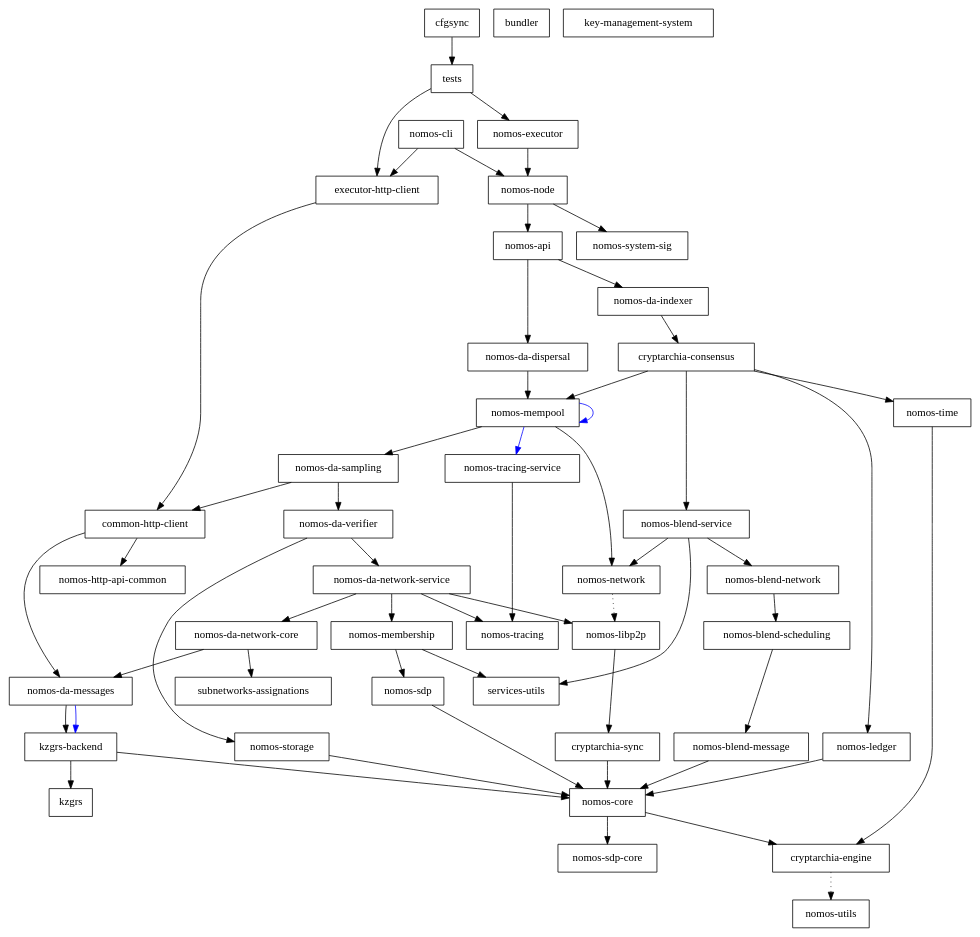
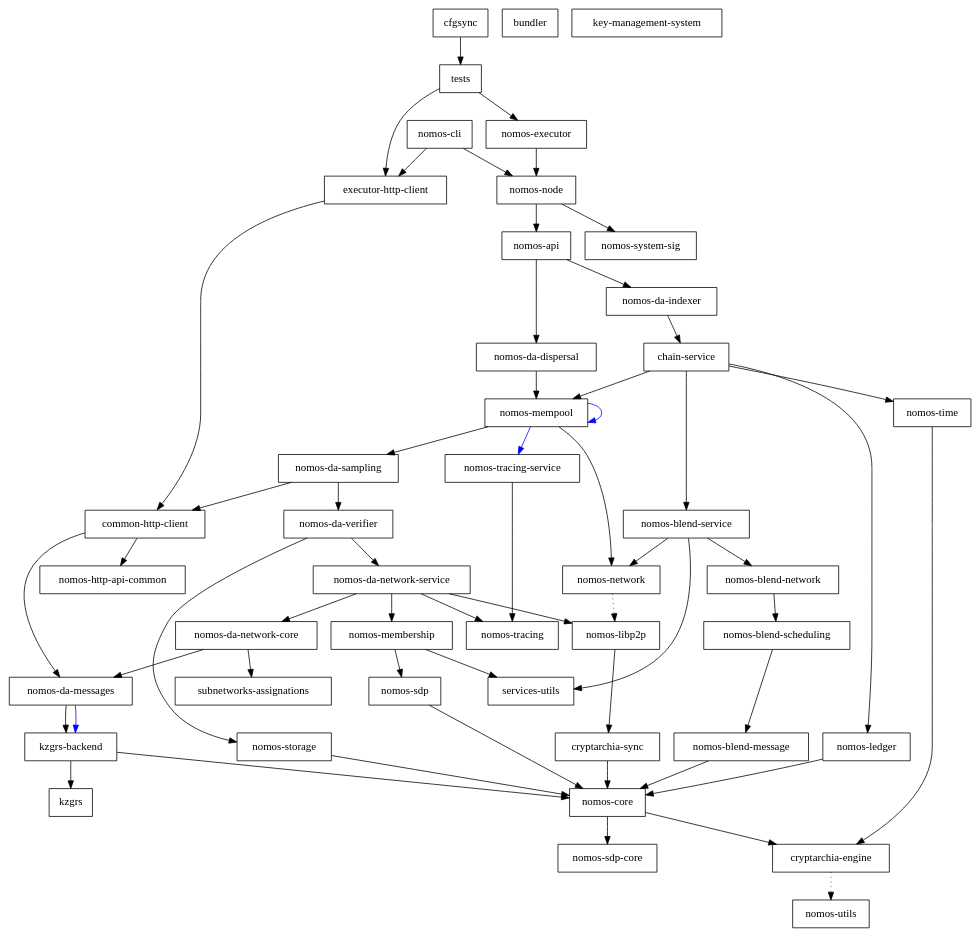
Before and after one commit to Astro521/logos-blockchain: the diagram in dependencies_graph.dot, drawn with Graphviz. The commit also changed 32 other files, not shown here.

Commit message:
refactor(consensus): Rename cryptarchia-consensus to chain-service (#1410)

```diff
--- a/dependencies_graph.dot
+++ b/dependencies_graph.dot
@@ -1,101 +1,101 @@
 digraph {
     0 [ label = "cryptarchia-engine" shape = box]
     1 [ label = "nomos-utils" shape = box]
     2 [ label = "cryptarchia-sync" shape = box]
     3 [ label = "nomos-core" shape = box]
     4 [ label = "nomos-sdp-core" shape = box]
     5 [ label = "nomos-ledger" shape = box]
     6 [ label = "nomos-http-api-common" shape = box]
     7 [ label = "nomos-executor" shape = box]
     8 [ label = "kzgrs-backend" shape = box]
     9 [ label = "kzgrs" shape = box]
     10 [ label = "nomos-api" shape = box]
-    11 [ label = "cryptarchia-consensus" shape = box]
+    11 [ label = "chain-service" shape = box]
     12 [ label = "nomos-blend-service" shape = box]
     13 [ label = "nomos-blend-message" shape = box]
     14 [ label = "nomos-blend-network" shape = box]
     15 [ label = "nomos-blend-scheduling" shape = box]
     16 [ label = "nomos-libp2p" shape = box]
     17 [ label = "nomos-network" shape = box]
     18 [ label = "services-utils" shape = box]
     19 [ label = "nomos-da-sampling" shape = box]
     20 [ label = "common-http-client" shape = box]
     21 [ label = "nomos-da-messages" shape = box]
     22 [ label = "nomos-da-network-core" shape = box]
     23 [ label = "subnetworks-assignations" shape = box]
     24 [ label = "nomos-da-network-service" shape = box]
     25 [ label = "nomos-membership" shape = box]
     26 [ label = "nomos-sdp" shape = box]
     27 [ label = "nomos-tracing" shape = box]
     28 [ label = "nomos-da-verifier" shape = box]
     29 [ label = "nomos-storage" shape = box]
     30 [ label = "nomos-mempool" shape = box]
     31 [ label = "nomos-tracing-service" shape = box]
     32 [ label = "nomos-time" shape = box]
     33 [ label = "nomos-da-dispersal" shape = box]
     34 [ label = "nomos-da-indexer" shape = box]
     35 [ label = "nomos-node" shape = box]
     36 [ label = "nomos-system-sig" shape = box]
     37 [ label = "executor-http-client" shape = box]
     38 [ label = "bundler" shape = box]
     39 [ label = "nomos-cli" shape = box]
     40 [ label = "key-management-system" shape = box]
     41 [ label = "cfgsync" shape = box]
     42 [ label = "tests" shape = box]
     0 -> 1 [ style = dotted]
     2 -> 3 [ ]
     3 -> 0 [ ]
     3 -> 4 [ ]
     5 -> 3 [ ]
     7 -> 35 [ ]
     8 -> 9 [ ]
     8 -> 3 [ ]
     10 -> 33 [ ]
     10 -> 34 [ ]
     11 -> 12 [ ]
     11 -> 5 [ ]
     11 -> 30 [ ]
     11 -> 32 [ ]
     12 -> 14 [ ]
     12 -> 17 [ ]
     12 -> 18 [ ]
     13 -> 3 [ ]
     14 -> 15 [ ]
     15 -> 13 [ ]
     16 -> 2 [ ]
     17 -> 16 [ style = dotted]
     19 -> 20 [ ]
     19 -> 28 [ ]
     20 -> 21 [ ]
     20 -> 6 [ ]
     21 -> 8 [ ]
     21 -> 8 [ color = blue]
     22 -> 21 [ ]
     22 -> 23 [ ]
     24 -> 22 [ ]
     24 -> 16 [ ]
     24 -> 25 [ ]
     24 -> 27 [ ]
     25 -> 26 [ ]
     25 -> 18 [ ]
     26 -> 3 [ ]
     28 -> 24 [ ]
     28 -> 29 [ ]
     29 -> 3 [ ]
     30 -> 19 [ ]
     30 -> 30 [ color = blue]
     30 -> 17 [ ]
     30 -> 31 [ color = blue]
     31 -> 27 [ ]
     32 -> 0 [ ]
     33 -> 30 [ ]
     34 -> 11 [ ]
     35 -> 10 [ ]
     35 -> 36 [ ]
     37 -> 20 [ ]
     39 -> 37 [ ]
     39 -> 35 [ ]
     41 -> 42 [ ]
     42 -> 37 [ ]
     42 -> 7 [ ]
 }
```
